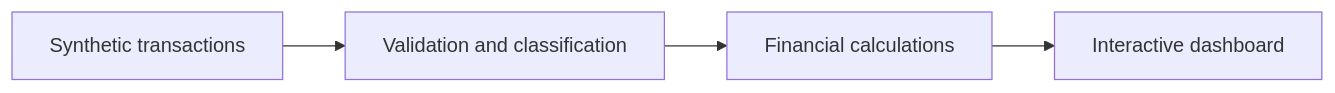
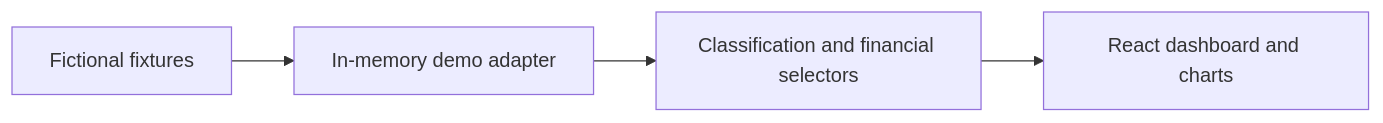
The diagram in README.md (Saraingridsousa/Finance-tracker), drawn with Mermaid before and after one commit. The commit also changed other lines of this file and 24 other files, not shown here.

First line of the commit message:
feat: launch standalone synthetic finance portfolio demo

````diff
--- a/README.md
+++ b/README.md
@@ -23,6 +32,6 @@
 ```mermaid
 flowchart LR
-    A[Synthetic transactions] --> B[Validation and classification]
-    B --> C[Financial calculations]
-    C --> D[Interactive dashboard]
+ A[Fictional fixtures] --> B[In-memory demo adapter]
+ B --> C[Classification and financial selectors]
+ C --> D[React dashboard and charts]
 ```
````
